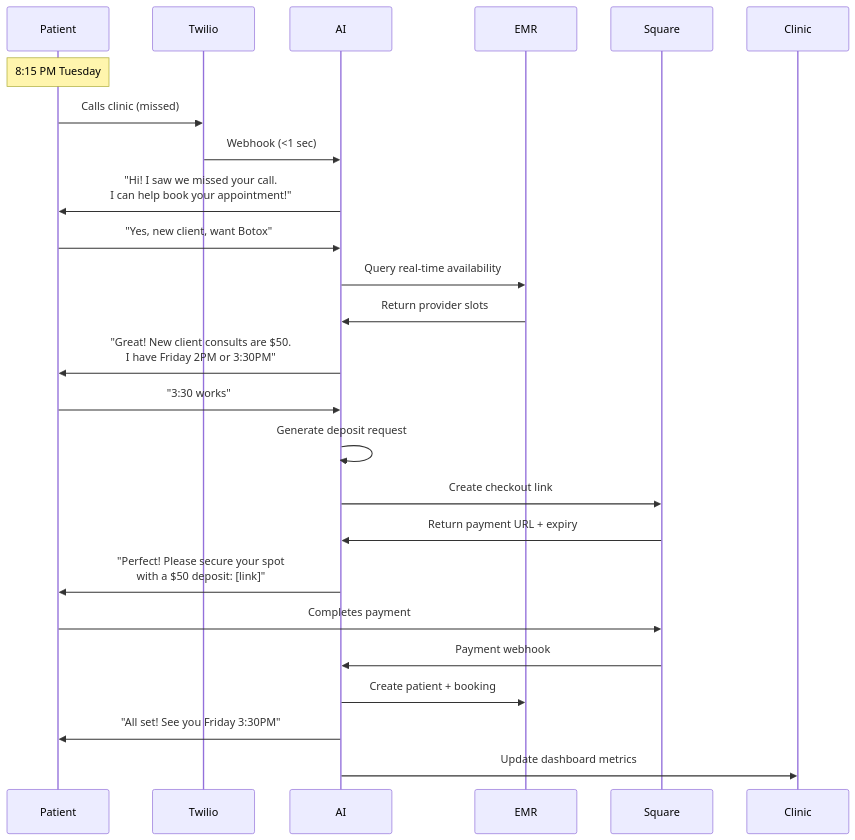
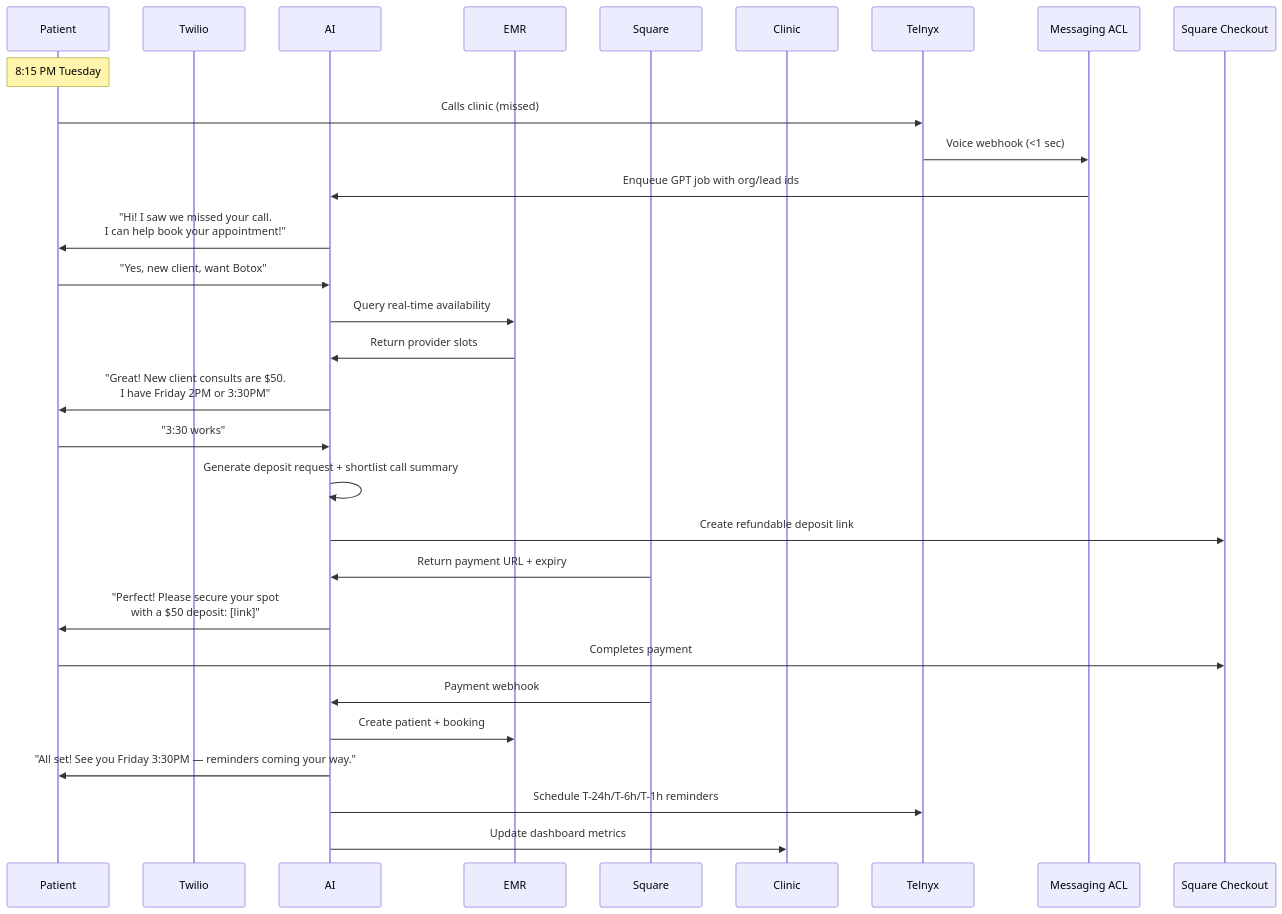
The second of 3 diagrams in docs/ARCHITECTURE_V3.md (wolfman30/medspa-ai-platform), drawn with Mermaid before and after one commit. The commit also changed other lines of this file and 6 other files, not shown here.

Commit message:
Wire Telnyx inbound to GPT queue and refresh architecture doc

````diff
--- a/docs/ARCHITECTURE_V3.md
+++ b/docs/ARCHITECTURE_V3.md
@@ -112,31 +176,33 @@
 ```mermaid
 sequenceDiagram
     participant Patient
     participant Twilio
     participant AI
     participant EMR
     participant Square
     participant Clinic
 
     Note over Patient: 8:15 PM Tuesday
-    Patient->>Twilio: Calls clinic (missed)
-    Twilio->>AI: Webhook (<1 sec)
+    Patient->>Telnyx: Calls clinic (missed)
+    Telnyx->>Messaging ACL: Voice webhook (<1 sec)
+    Messaging ACL->>AI: Enqueue GPT job with org/lead ids
     AI->>Patient: "Hi! I saw we missed your call.<br/>I can help book your appointment!"
     
     Patient->>AI: "Yes, new client, want Botox"
     AI->>EMR: Query real-time availability
     EMR->>AI: Return provider slots
     AI->>Patient: "Great! New client consults are $50.<br/>I have Friday 2PM or 3:30PM"
     
     Patient->>AI: "3:30 works"
-    AI->>AI: Generate deposit request
-    AI->>Square: Create checkout link
+    AI->>AI: Generate deposit request + shortlist call summary
+    AI->>Square Checkout: Create refundable deposit link
     Square->>AI: Return payment URL + expiry
     AI->>Patient: "Perfect! Please secure your spot<br/>with a $50 deposit: [link]"
     
-    Patient->>Square: Completes payment
+    Patient->>Square Checkout: Completes payment
     Square->>AI: Payment webhook
     AI->>EMR: Create patient + booking
-    AI->>Patient: "All set! See you Friday 3:30PM"
+    AI->>Patient: "All set! See you Friday 3:30PM — reminders coming your way."
+    AI->>Telnyx: Schedule T-24h/T-6h/T-1h reminders
     AI->>Clinic: Update dashboard metrics
 ```
````
